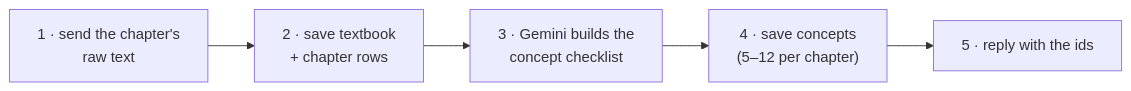
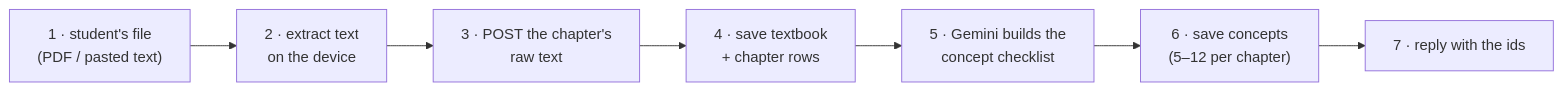
Before and after one commit to redwivision/Kiftet: the second of 19 diagrams in docs/HOW_IT_WORKS.md, drawn with Mermaid. The commit also changed other lines of this file and 11 other files, not shown here.

Commit message:
feat: bring your own textbook — library UI, on-device chapter split, import gated

````diff
--- a/docs/HOW_IT_WORKS.md
+++ b/docs/HOW_IT_WORKS.md
@@ -204,7 +215,9 @@
 ```mermaid
 flowchart LR
-  A["1 · send the chapter's<br/>raw text"] --> B["2 · save textbook<br/>+ chapter rows"]
-  B --> C["3 · Gemini builds the<br/>concept checklist"]
-  C --> D["4 · save concepts<br/>(5–12 per chapter)"]
-  D --> E["5 · reply with the ids"]
+  A["1 · student's file<br/>(PDF / pasted text)"] --> B["2 · extract text<br/>on the device"]
+  B --> C["3 · POST the chapter's<br/>raw text"]
+  C --> D["4 · save textbook<br/>+ chapter rows"]
+  D --> E["5 · Gemini builds the<br/>concept checklist"]
+  E --> F["6 · save concepts<br/>(5–12 per chapter)"]
+  F --> G["7 · reply with the ids"]
 ```
````
